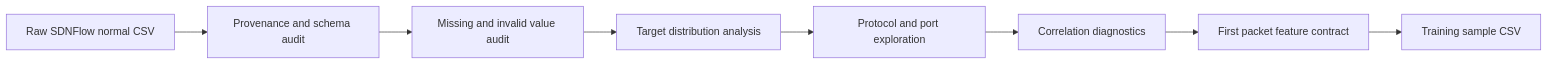
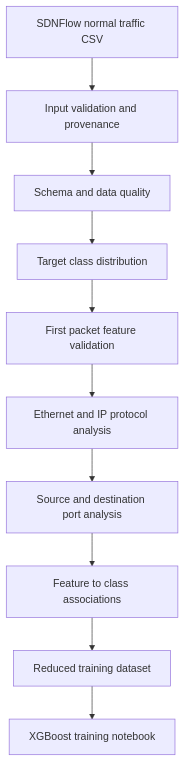
Before and after one commit to Volv1t3/SDN-Thesis-Project: the diagram in Writerside/topics/Model-Exploration-and-Training-—-Exploratory-Data-Analysis.md, drawn with Mermaid. The commit also changed other lines of this file and 76 other files, not shown here.

First line of the commit message:
**Enhance Writerside documentation and add exploratory data analysis (EDA) results**

````diff
--- a/Writerside/topics/Model-Exploration-and-Training-—-Exploratory-Data-Analysis.md
+++ b/Writerside/topics/Model-Exploration-and-Training-—-Exploratory-Data-Analysis.md
@@ -17,10 +39,13 @@
 ```mermaid
-flowchart LR
-    A[Raw SDNFlow normal CSV] --> B[Provenance and schema audit]
-    B --> C[Missing and invalid value audit]
-    C --> D[Target distribution analysis]
-    D --> E[Protocol and port exploration]
-    E --> F[Correlation diagnostics]
-    F --> G[First packet feature contract]
-    G --> H[Training sample CSV]
+%% | fig-align: center
+flowchart TD
+    A[SDNFlow normal traffic CSV] --> B[Input validation and provenance]
+    B --> C[Schema and data quality]
+    C --> D[Target class distribution]
+    D --> E[First packet feature validation]
+    E --> F[Ethernet and IP protocol analysis]
+    F --> G[Source and destination port analysis]
+    G --> H[Feature to class associations]
+    H --> I[Reduced training dataset]
+    I --> J[XGBoost training notebook]
 ```
````
